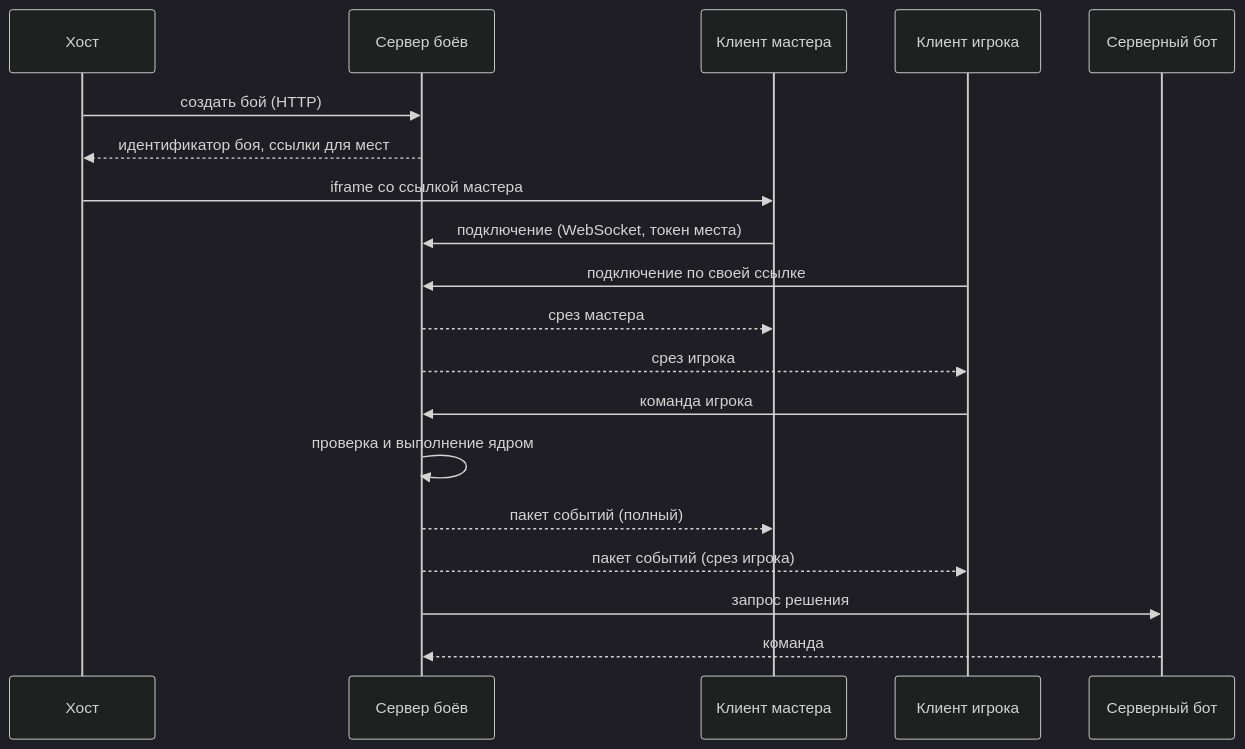
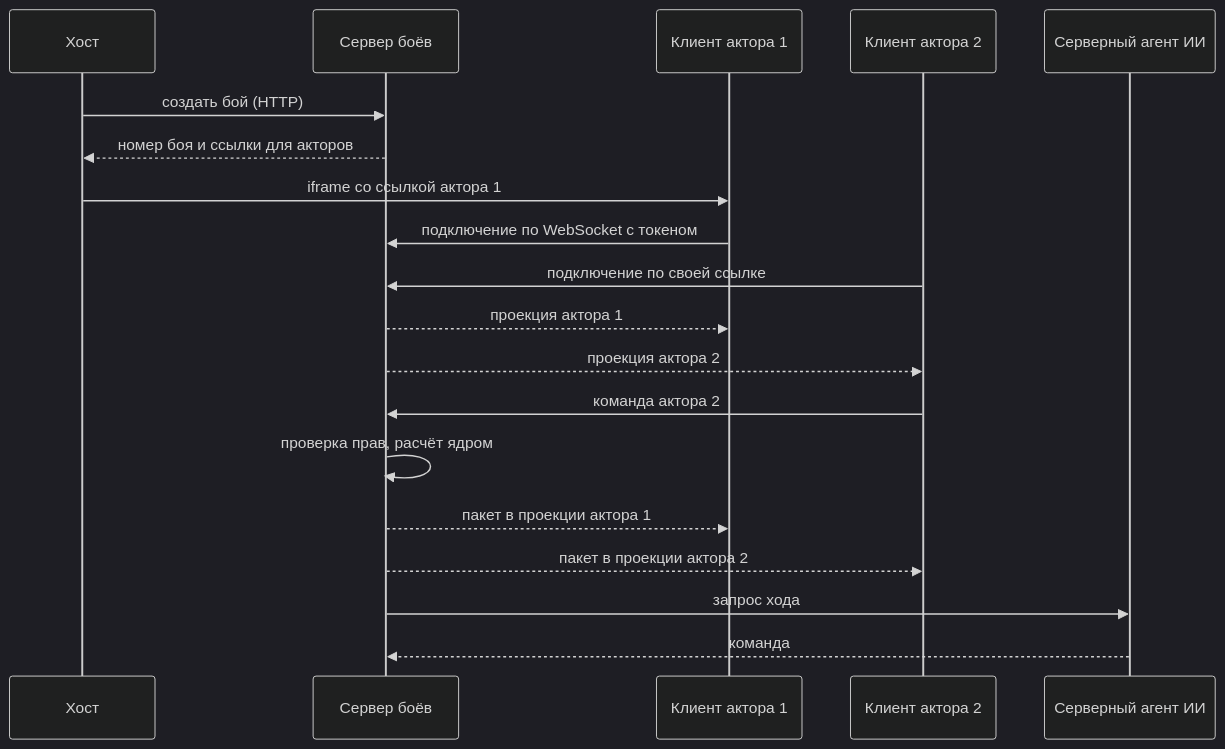
The fourth of 5 diagrams in docs/architecture/05-runtime.md (LinKav20/Heroes2dBattleGame), drawn with Mermaid (dark theme) before and after one commit. The commit also changed other lines of this file and 53 other files, not shown here.

````diff
--- a/docs/architecture/05-runtime.md
+++ b/docs/architecture/05-runtime.md
@@ -99,21 +105,21 @@
 ```mermaid
 sequenceDiagram
   participant H as Хост
   participant SV as Сервер боёв
-  participant GM as Клиент мастера
-  participant PL as Клиент игрока
-  participant BOT as Серверный бот
+  participant C1 as Клиент актора 1
+  participant C2 as Клиент актора 2
+  participant BOT as Серверный агент ИИ
   H->>SV: создать бой (HTTP)
-  SV-->>H: идентификатор боя, ссылки для мест
-  H->>GM: iframe со ссылкой мастера
-  GM->>SV: подключение (WebSocket, токен места)
-  PL->>SV: подключение по своей ссылке
-  SV-->>GM: срез мастера
-  SV-->>PL: срез игрока
-  PL->>SV: команда игрока
-  SV->>SV: проверка и выполнение ядром
-  SV-->>GM: пакет событий (полный)
-  SV-->>PL: пакет событий (срез игрока)
-  SV->>BOT: запрос решения
+  SV-->>H: номер боя и ссылки для акторов
+  H->>C1: iframe со ссылкой актора 1
+  C1->>SV: подключение по WebSocket с токеном
+  C2->>SV: подключение по своей ссылке
+  SV-->>C1: проекция актора 1
+  SV-->>C2: проекция актора 2
+  C2->>SV: команда актора 2
+  SV->>SV: проверка прав, расчёт ядром
+  SV-->>C1: пакет в проекции актора 1
+  SV-->>C2: пакет в проекции актора 2
+  SV->>BOT: запрос хода
   BOT-->>SV: команда
 ```
````
